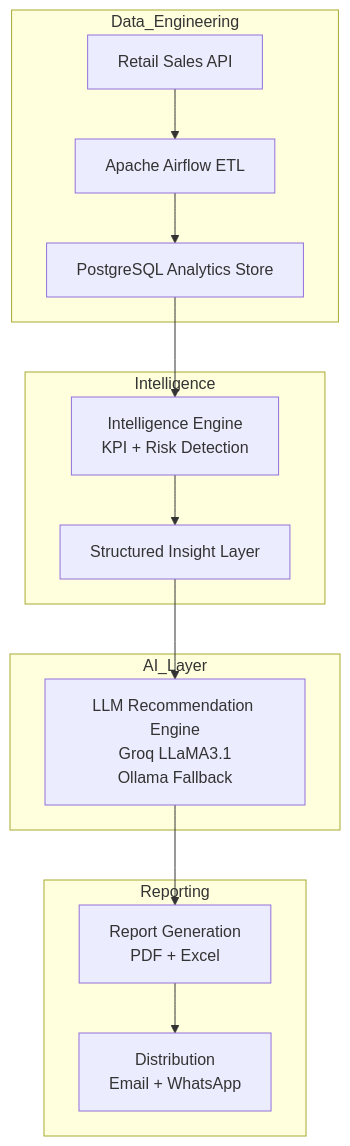
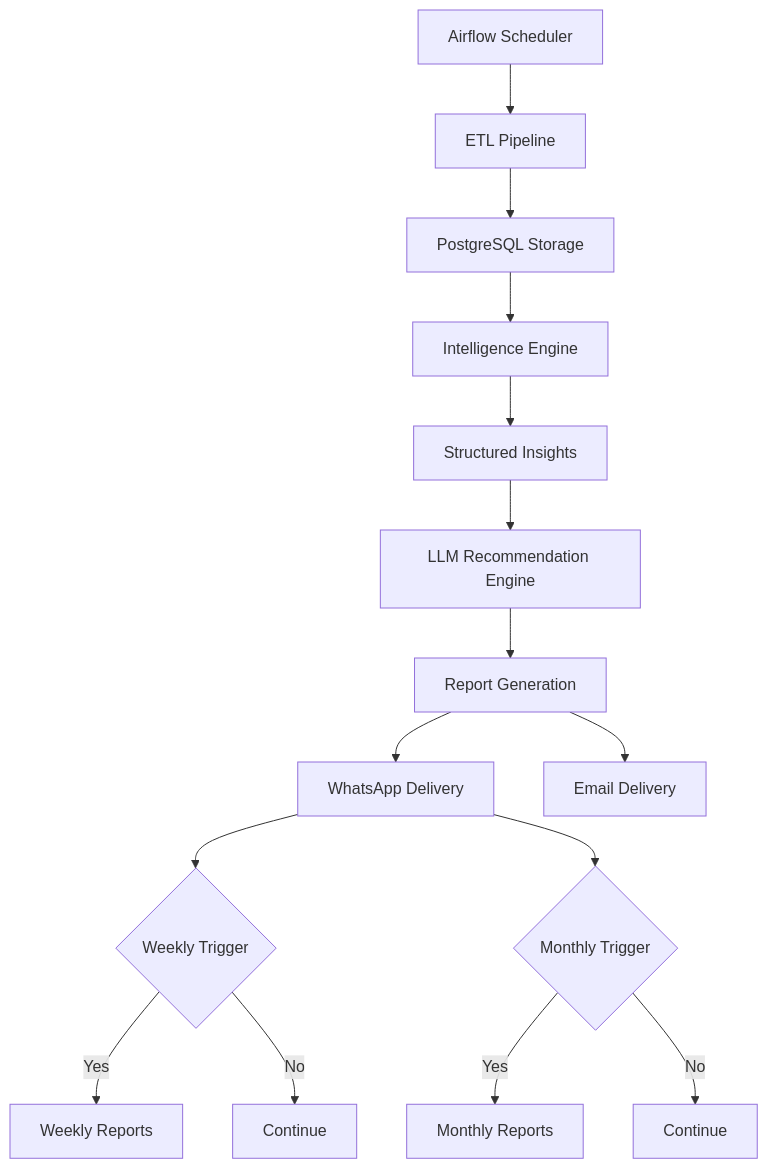
One commit to SominZex/sales_analysis_algorithm changed the first of 2 diagrams in readme.md. Above: the diagram before and after it, drawn with Mermaid. The commit also changed other lines of this file, not shown here.

Commit message:
udpate architectural readme

````diff
--- a/readme.md
+++ b/readme.md
@@ -3,31 +8,19 @@
 ```mermaid
 flowchart TD
+A[Airflow Scheduler] --> B[ETL Pipeline]
+B --> C[PostgreSQL Storage]
+C --> D[Intelligence Engine]
+D --> E[Structured Insights]
+E --> F[LLM Recommendation Engine]
+F --> G[Report Generation]
+G --> H[WhatsApp Delivery]
+G --> I[Email Delivery]
 
-subgraph Data_Engineering
-A[Retail Sales API]
-B[Apache Airflow ETL]
-C[PostgreSQL Analytics Store]
-end
+H --> J{Weekly Trigger}
+J -->|Yes| K[Weekly Reports]
+J -->|No| L[Continue]
 
-subgraph Intelligence
-D[Intelligence Engine<br>KPI + Risk Detection]
-E[Structured Insight Layer]
-end
-
-subgraph AI_Layer
-F[LLM Recommendation Engine<br>Groq LLaMA3.1<br>Ollama Fallback]
-end
-
-subgraph Reporting
-G[Report Generation<br>PDF + Excel]
-H[Distribution<br>Email + WhatsApp]
-end
-
-A --> B
-B --> C
-C --> D
-D --> E
-E --> F
-F --> G
-G --> H
+H --> M{Monthly Trigger}
+M -->|Yes| N[Monthly Reports]
+M -->|No| O[Continue]
 ```
````
